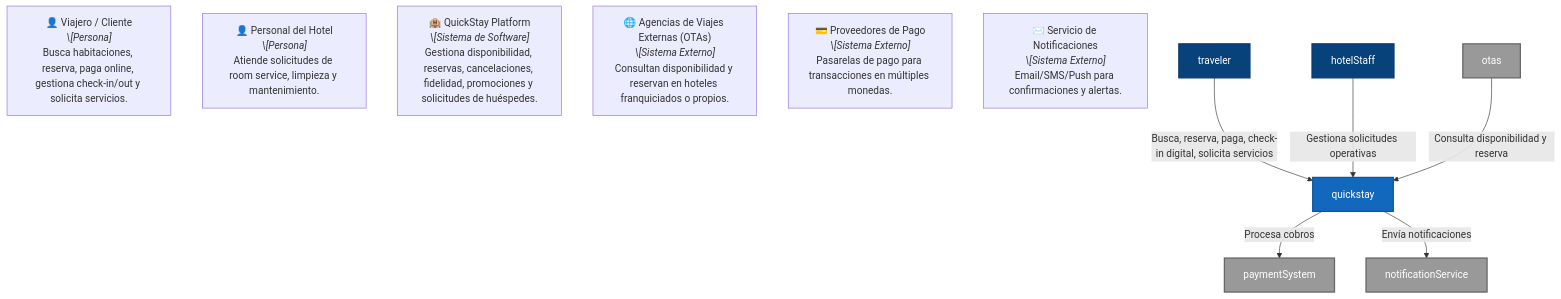
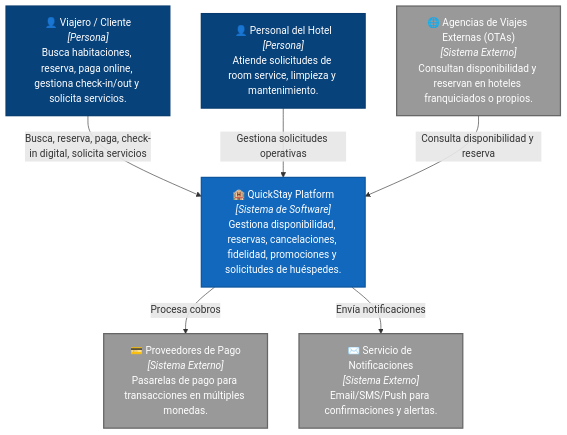
One commit to robertoq17/quickstay-hotel changed the first of 3 diagrams in README.md. Above: the diagram before and after it, drawn with Mermaid. The commit also changed other lines of this file, not shown here.

````diff
--- a/README.md
+++ b/README.md
@@ -152,25 +152,25 @@
 ```mermaid
 graph TD
-    traveler\["👤 Viajero / Cliente<br/><i>\[Persona]</i><br/>Busca habitaciones, reserva, paga online, gestiona check-in/out y solicita servicios."]
-    hotelStaff\["👤 Personal del Hotel<br/><i>\[Persona]</i><br/>Atiende solicitudes de room service, limpieza y mantenimiento."]
+    traveler["👤 Viajero / Cliente<br/><i>[Persona]</i><br/>Busca habitaciones, reserva, paga online, gestiona check-in/out y solicita servicios."]
+    hotelStaff["👤 Personal del Hotel<br/><i>[Persona]</i><br/>Atiende solicitudes de room service, limpieza y mantenimiento."]
 
-    quickstay\["🏨 QuickStay Platform<br/><i>\[Sistema de Software]</i><br/>Gestiona disponibilidad, reservas, cancelaciones, fidelidad, promociones y solicitudes de huéspedes."]
+    quickstay["🏨 QuickStay Platform<br/><i>[Sistema de Software]</i><br/>Gestiona disponibilidad, reservas, cancelaciones, fidelidad, promociones y solicitudes de huéspedes."]
 
-    otas\["🌐 Agencias de Viajes Externas (OTAs)<br/><i>\[Sistema Externo]</i><br/>Consultan disponibilidad y reservan en hoteles franquiciados o propios."]
-    paymentSystem\["💳 Proveedores de Pago<br/><i>\[Sistema Externo]</i><br/>Pasarelas de pago para transacciones en múltiples monedas."]
-    notificationService\["✉️ Servicio de Notificaciones<br/><i>\[Sistema Externo]</i><br/>Email/SMS/Push para confirmaciones y alertas."]
+    otas["🌐 Agencias de Viajes Externas (OTAs)<br/><i>[Sistema Externo]</i><br/>Consultan disponibilidad y reservan en hoteles franquiciados o propios."]
+    paymentSystem["💳 Proveedores de Pago<br/><i>[Sistema Externo]</i><br/>Pasarelas de pago para transacciones en múltiples monedas."]
+    notificationService["✉️ Servicio de Notificaciones<br/><i>[Sistema Externo]</i><br/>Email/SMS/Push para confirmaciones y alertas."]
 
     traveler -->|"Busca, reserva, paga, check-in digital, solicita servicios"| quickstay
     hotelStaff -->|"Gestiona solicitudes operativas"| quickstay
     otas -->|"Consulta disponibilidad y reserva"| quickstay
     quickstay -->|"Procesa cobros"| paymentSystem
     quickstay -->|"Envía notificaciones"| notificationService
 
     classDef person fill:#08427b,color:#fff,stroke:#073b6f,stroke-width:2px;
     classDef system fill:#1168bd,color:#fff,stroke:#0e569e,stroke-width:2px;
     classDef external fill:#999999,color:#fff,stroke:#666666,stroke-width:2px;
 
     class traveler,hotelStaff person;
     class quickstay system;
     class otas,paymentSystem,notificationService external;
 ```
````
